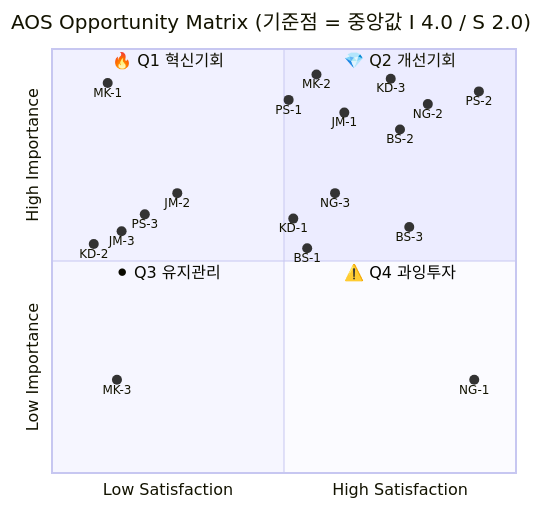
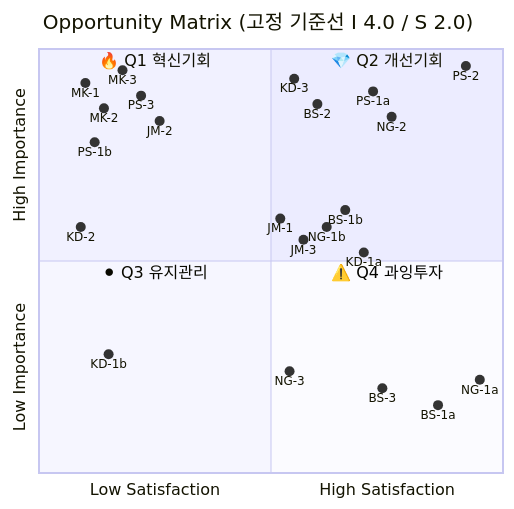
Before and after one commit to STERNYUL/business_research_202608: the diagram in 06_시장기회분석/02_사례_aos-scoring.md, drawn with Mermaid. The commit also changed other lines of this file and 12 other files, not shown here.

````diff
--- a/06_시장기회분석/02_사례_aos-scoring.md
+++ b/06_시장기회분석/02_사례_aos-scoring.md
@@ -123,28 +86,32 @@
 ```mermaid
 quadrantChart
-    title AOS Opportunity Matrix (기준점 = 중앙값 I 4.0 / S 2.0)
+    title Opportunity Matrix (고정 기준선 I 4.0 / S 2.0)
     x-axis "Low Satisfaction" --> "High Satisfaction"
     y-axis "Low Importance" --> "High Importance"
     quadrant-1 "💎 Q2 개선기회"
     quadrant-2 "🔥 Q1 혁신기회"
     quadrant-3 "⚫ Q3 유지관리"
     quadrant-4 "⚠️ Q4 과잉투자"
-    "MK-1": [0.12, 0.92]
-    "KD-2": [0.09, 0.54]
-    "PS-3": [0.20, 0.61]
-    "JM-2": [0.27, 0.66]
-    "JM-3": [0.15, 0.57]
-    "MK-3": [0.14, 0.22]
-    "MK-2": [0.57, 0.94]
-    "PS-1": [0.51, 0.88]
-    "JM-1": [0.63, 0.85]
-    "KD-1": [0.52, 0.60]
-    "NG-3": [0.61, 0.66]
-    "BS-1": [0.55, 0.53]
-    "KD-3": [0.73, 0.93]
-    "NG-2": [0.81, 0.87]
-    "BS-2": [0.75, 0.81]
-    "BS-3": [0.77, 0.58]
-    "PS-2": [0.92, 0.90]
-    "NG-1": [0.91, 0.22]
+    "MK-1": [0.10, 0.92]
+    "MK-2": [0.14, 0.86]
+    "MK-3": [0.18, 0.95]
+    "PS-3": [0.22, 0.89]
+    "JM-2": [0.26, 0.83]
+    "PS-1b": [0.12, 0.78]
+    "KD-2": [0.09, 0.58]
+    "KD-1b": [0.15, 0.28]
+    "KD-3": [0.55, 0.93]
+    "BS-2": [0.60, 0.87]
+    "PS-1a": [0.72, 0.90]
+    "NG-2": [0.76, 0.84]
+    "PS-2": [0.92, 0.96]
+    "JM-1": [0.52, 0.60]
+    "JM-3": [0.57, 0.55]
+    "NG-1b": [0.62, 0.58]
+    "BS-1b": [0.66, 0.62]
+    "KD-1a": [0.70, 0.52]
+    "NG-3": [0.54, 0.24]
+    "BS-3": [0.74, 0.20]
+    "BS-1a": [0.86, 0.16]
+    "NG-1a": [0.95, 0.22]
 ```
````
